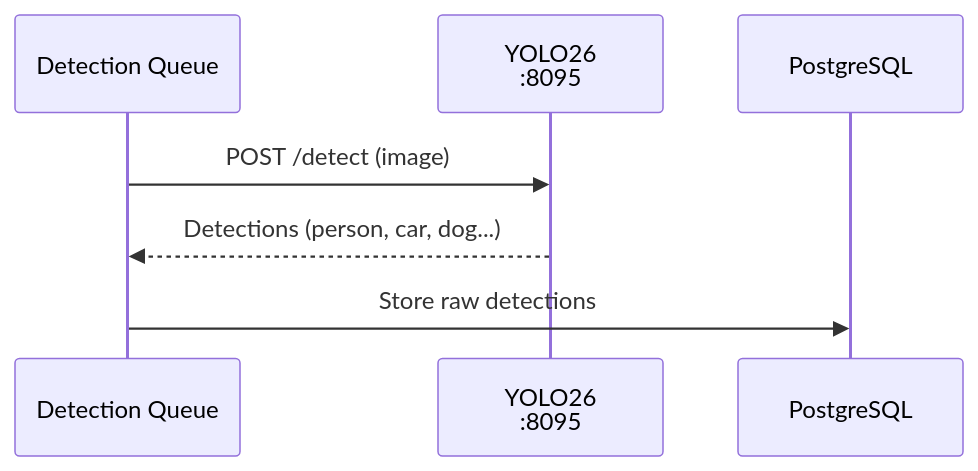
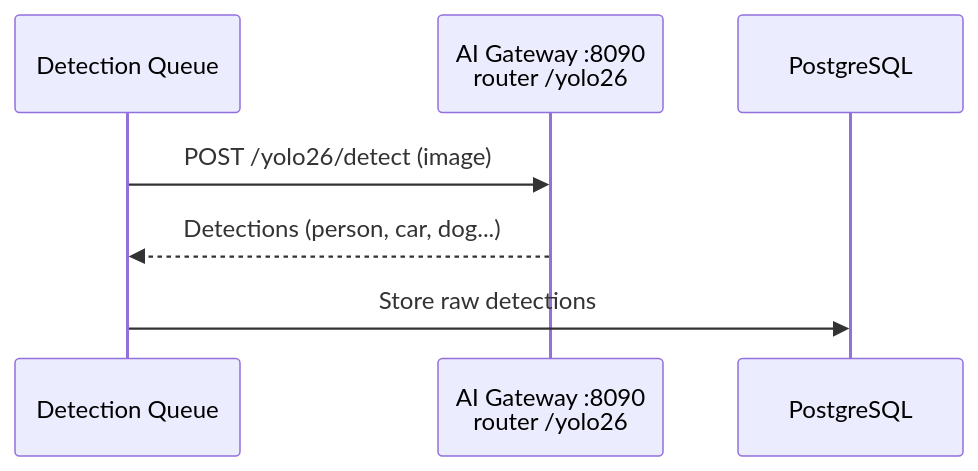
One commit to mikesvoboda/nemotron-v3-home-security-intelligence changed the second of 7 diagrams in docs/index.md. Above: the diagram before and after it, drawn with Mermaid. The commit also changed other lines of this file and 313 other files, not shown here.

````diff
--- a/docs/index.md
+++ b/docs/index.md
@@ -79,9 +79,9 @@
 ```mermaid
 sequenceDiagram
     participant Queue as Detection Queue
-    participant YOLO as YOLO26<br/>:8095
+    participant YOLO as AI Gateway :8090<br/>router /yolo26
     participant DB as PostgreSQL
-    Queue->>YOLO: POST /detect (image)
+    Queue->>YOLO: POST /yolo26/detect (image)
     YOLO-->>Queue: Detections (person, car, dog...)
     Queue->>DB: Store raw detections
 ```
````
